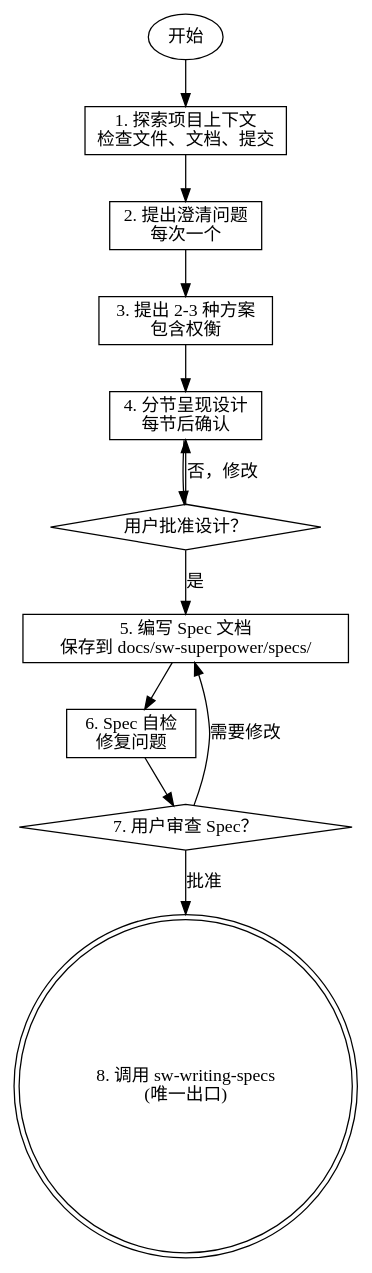
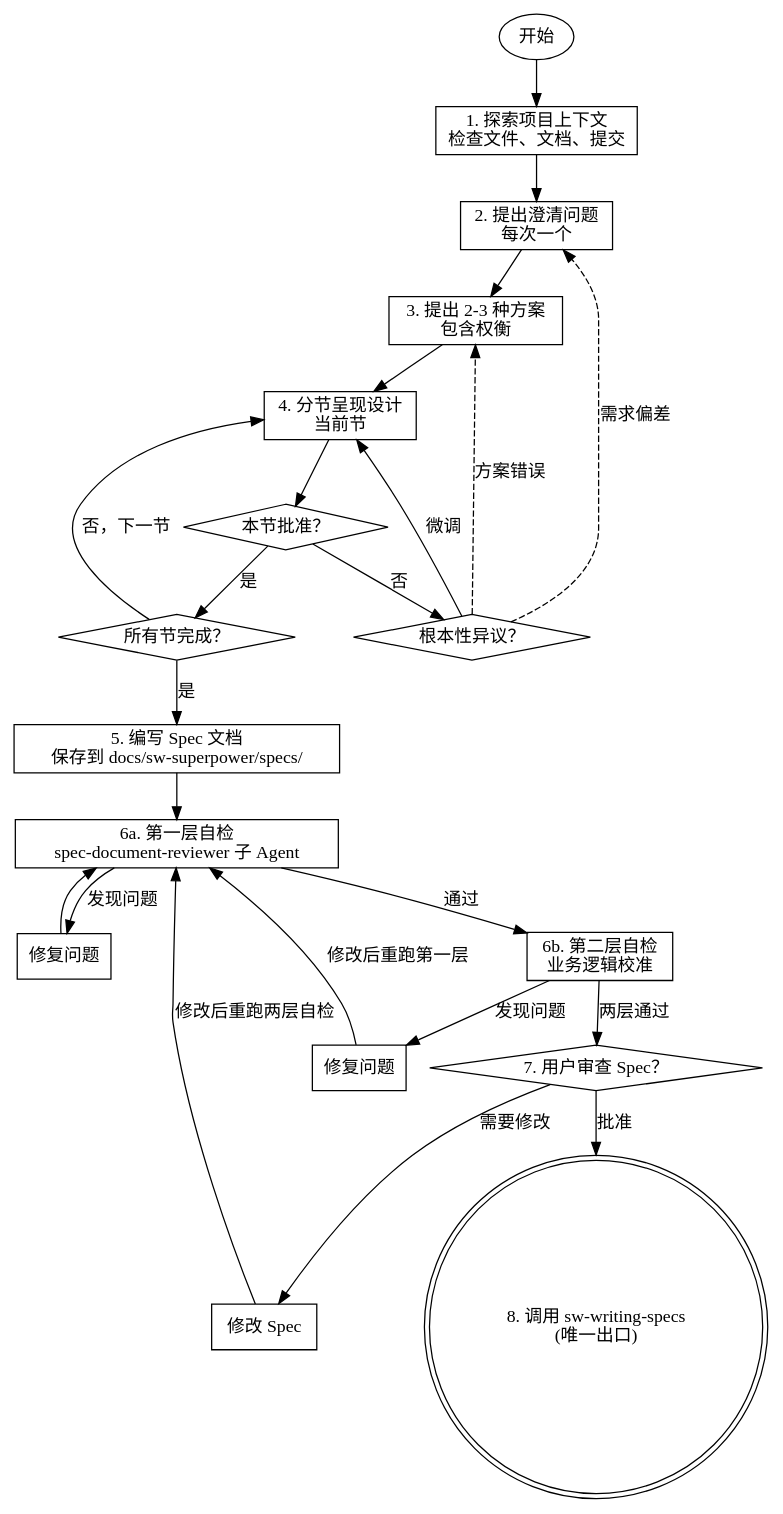
One commit to vaycentsun/sw-superpower changed the diagram in sw-brainstorming/SKILL.md. Above: the diagram before and after it, drawn with Graphviz. The commit also changed other lines of this file and 1 other file, not shown here.

Commit message:
refactor: strengthen sw-brainstorming with two-layer spec review and approval gates

````diff
--- a/sw-brainstorming/SKILL.md
+++ b/sw-brainstorming/SKILL.md
@@ -37,28 +38,45 @@
 ```dot
 digraph brainstorming {
   rankdir=TB;
-  
+
   start [label="开始", shape=ellipse];
   explore [label="1. 探索项目上下文\n检查文件、文档、提交", shape=box];
   questions [label="2. 提出澄清问题\n每次一个", shape=box];
   approaches [label="3. 提出 2-3 种方案\n包含权衡", shape=box];
-  present [label="4. 分节呈现设计\n每节后确认", shape=box];
-  approve_design [label="用户批准设计？", shape=diamond];
+  present [label="4. 分节呈现设计\n当前节", shape=box];
+  section_approve [label="本节批准？", shape=diamond];
+  backtrack [label="根本性异议？", shape=diamond];
+  all_sections_done [label="所有节完成？", shape=diamond];
   write_spec [label="5. 编写 Spec 文档\n保存到 docs/sw-superpower/specs/", shape=box];
-  self_review [label="6. Spec 自检\n修复问题", shape=box];
+  layer1_review [label="6a. 第一层自检\nspec-document-reviewer 子 Agent", shape=box];
+  layer1_fix [label="修复问题", shape=box];
+  layer2_review [label="6b. 第二层自检\n业务逻辑校准", shape=box];
+  layer2_fix [label="修复问题", shape=box];
   user_review [label="7. 用户审查 Spec？", shape=diamond];
+  user_fix [label="修改 Spec", shape=box];
   invoke_writing [label="8. 调用 sw-writing-specs\n(唯一出口)", shape=doublecircle];
 
   start -> explore;
   explore -> questions;
   questions -> approaches;
   approaches -> present;
-  present -> approve_design;
-  approve_design -> present [label="否，修改"];
-  approve_design -> write_spec [label="是"];
-  write_spec -> self_review;
-  self_review -> user_review;
-  user_review -> write_spec [label="需要修改"];
+  present -> section_approve;
+  section_approve -> backtrack [label="否"];
+  backtrack -> questions [label="需求偏差", style=dashed];
+  backtrack -> approaches [label="方案错误", style=dashed];
+  backtrack -> present [label="微调"];
+  section_approve -> all_sections_done [label="是"];
+  all_sections_done -> present [label="否，下一节"];
+  all_sections_done -> write_spec [label="是"];
+  write_spec -> layer1_review;
+  layer1_review -> layer1_fix [label="发现问题"];
+  layer1_fix -> layer1_review;
+  layer1_review -> layer2_review [label="通过"];
+  layer2_review -> layer2_fix [label="发现问题"];
+  layer2_fix -> layer1_review [label="修改后重跑第一层"];
+  layer2_review -> user_review [label="两层通过"];
+  user_review -> user_fix [label="需要修改"];
+  user_fix -> layer1_review [label="修改后重跑两层自检"];
   user_review -> invoke_writing [label="批准"];
 }
 ```
````
